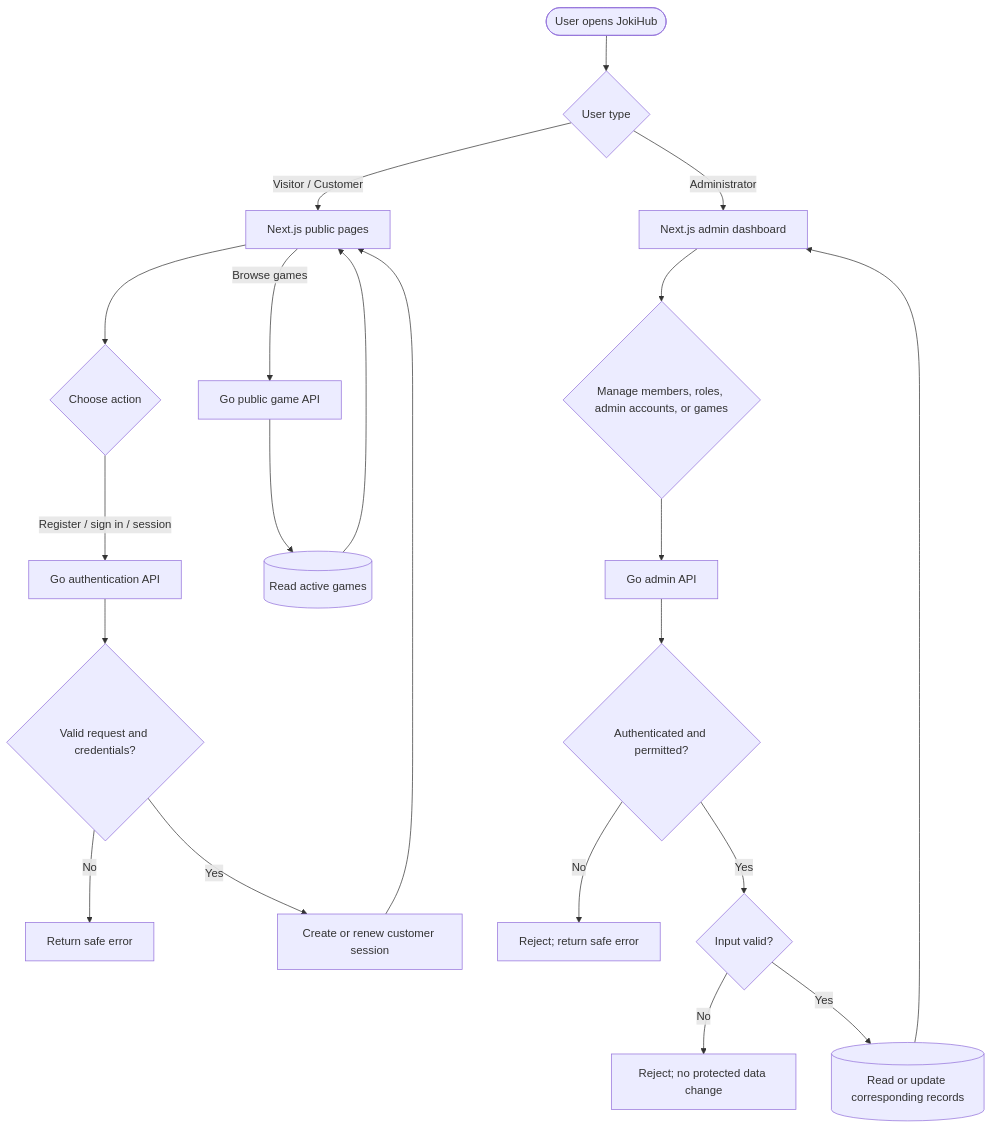
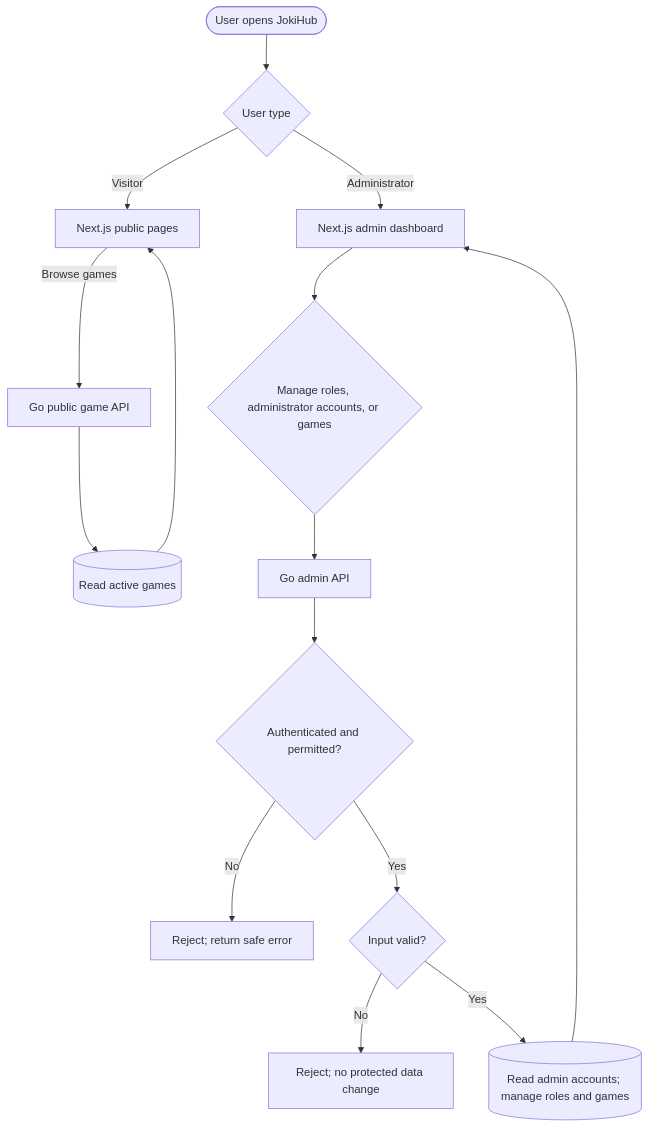
The diagram in sprint_1/hld/sprint-1-hld.md (fatihmuhamadridho/docs-game-service-platform), drawn with Mermaid before and after one commit. The commit also changed other lines of this file and 61 other files, not shown here.

````diff
--- a/sprint_1/hld/sprint-1-hld.md
+++ b/sprint_1/hld/sprint-1-hld.md
@@ -7,27 +7,21 @@
 ```mermaid
 flowchart TD
     Start([User opens JokiHub]) --> Type{User type}
 
-    Type -->|Visitor / Customer| PublicUI[Next.js public pages]
+    Type -->|Visitor| PublicUI[Next.js public pages]
     Type -->|Administrator| AdminUI[Next.js admin dashboard]
-
-    PublicUI --> CustomerAction{Choose action}
-    CustomerAction -->|Register / sign in / session| AuthAPI[Go authentication API]
-    AuthAPI --> AuthCheck{Valid request and credentials?}
-    AuthCheck -->|No| AuthError[Return safe error]
-    AuthCheck -->|Yes| CustomerSession[Create or renew customer session]
-    CustomerSession --> PublicUI
 
     PublicUI -->|Browse games| GameRead[Go public game API]
     GameRead --> ActiveGames[(Read active games)]
     ActiveGames --> PublicUI
 
-    AdminUI --> AdminRequest{Manage members, roles, admin accounts, or games}
+    AdminUI --> AdminRequest{Manage roles, administrator accounts, or games}
     AdminRequest --> AdminAPI[Go admin API]
     AdminAPI --> AccessCheck{Authenticated and permitted?}
     AccessCheck -->|No| AccessError[Reject; return safe error]
     AccessCheck -->|Yes| Validate{Input valid?}
     Validate -->|No| ValidationError[Reject; no protected data change]
-    Validate -->|Yes| AdminData[(Read or update corresponding records)]
+    Validate -->|Yes| AdminData[(Read admin accounts; manage roles and games)]
     AdminData --> AdminUI
+
 ```
````
